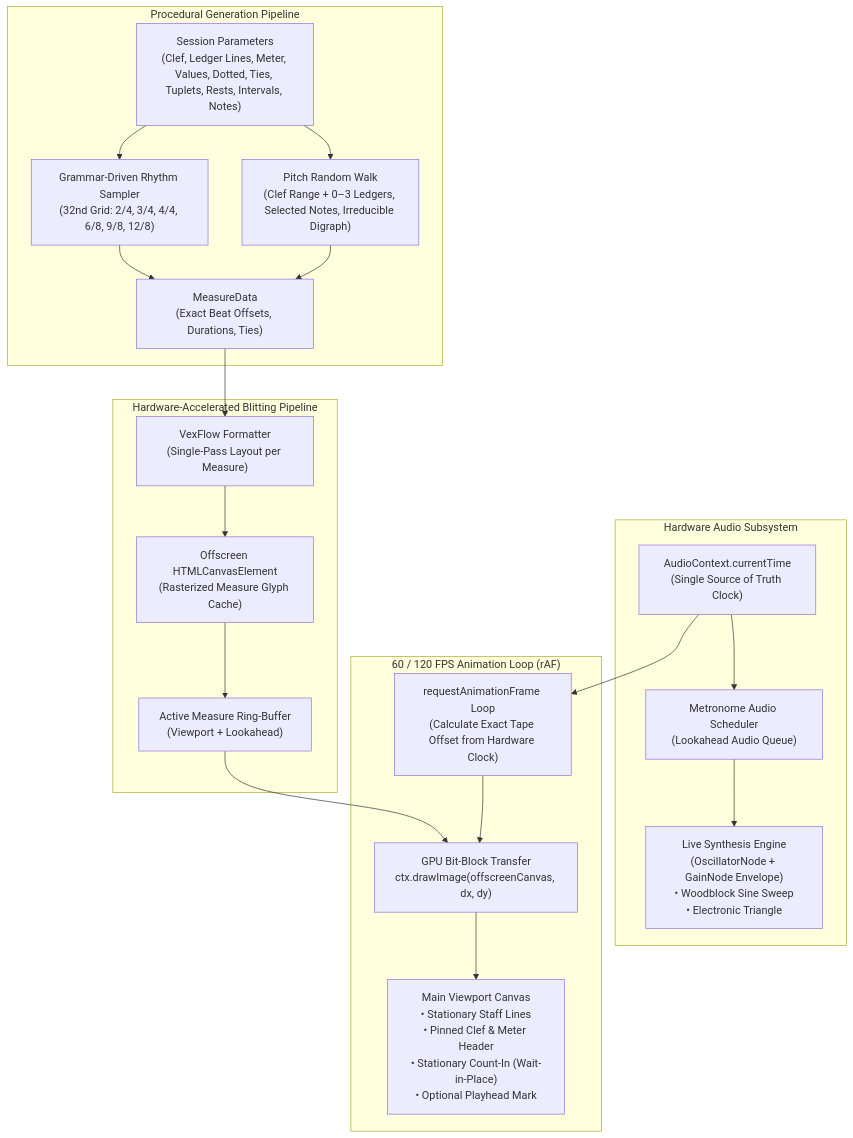
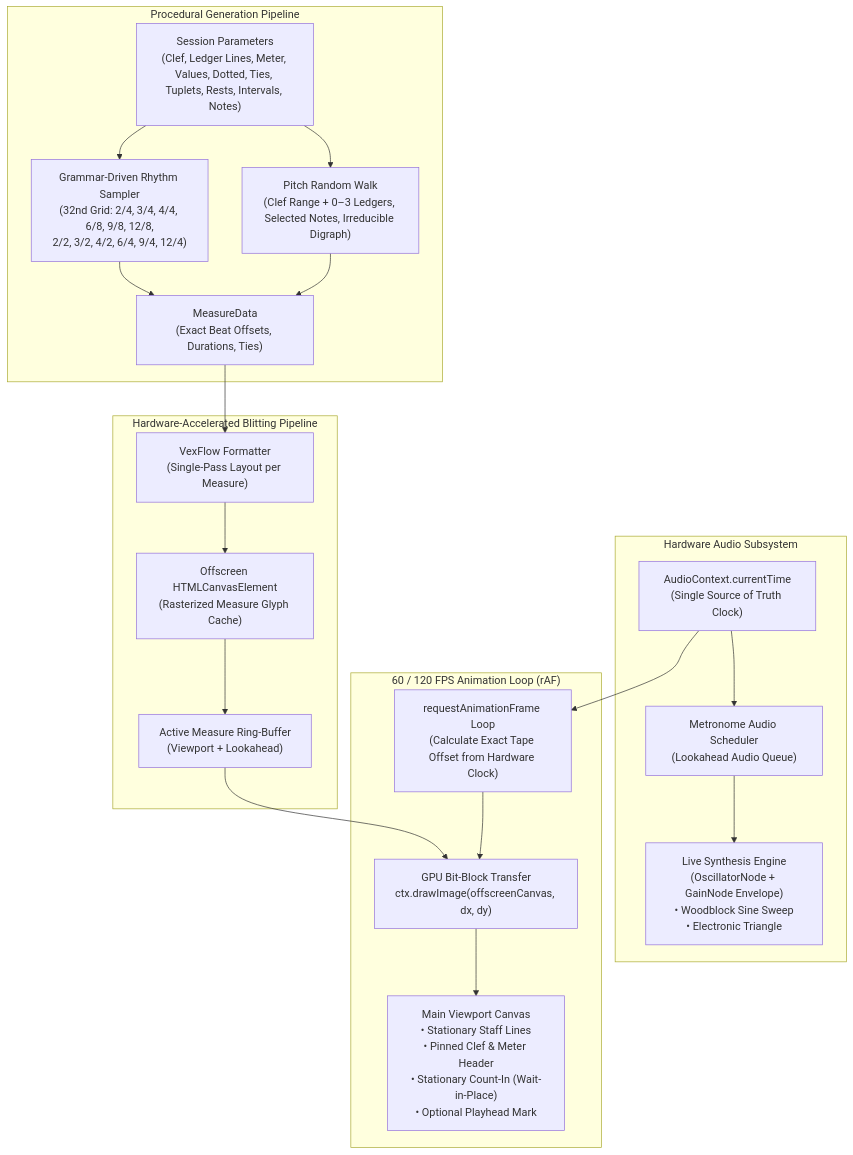
Before and after one commit to Hand-Lock/guidonica: the diagram in README.md, drawn with Mermaid. The commit also changed other lines of this file and 36 other files, not shown here.

````diff
--- a/README.md
+++ b/README.md
@@ -112,33 +112,33 @@
 ```mermaid
 flowchart TD
     subgraph HardwareClock["Hardware Audio Subsystem"]
         AC["AudioContext.currentTime\n(Single Source of Truth Clock)"]
         SCHED["Metronome Audio Scheduler\n(Lookahead Audio Queue)"]
         SYNTH["Live Synthesis Engine\n(OscillatorNode + GainNode Envelope)\n• Woodblock Sine Sweep\n• Electronic Triangle"]
         AC --> SCHED
         SCHED --> SYNTH
     end
 
     subgraph GenerationPipeline["Procedural Generation Pipeline"]
         PARAM["Session Parameters\n(Clef, Ledger Lines, Meter, Values, Dotted, Ties, Tuplets, Rests, Intervals, Notes)"]
-        ERGMET["Grammar-Driven Rhythm Sampler\n(32nd Grid: 2/4, 3/4, 4/4, 6/8, 9/8, 12/8)"]
+        ERGMET["Grammar-Driven Rhythm Sampler\n(32nd Grid: 2/4, 3/4, 4/4, 6/8, 9/8, 12/8,\n2/2, 3/2, 4/2, 6/4, 9/4, 12/4)"]
         MARKOV["Pitch Random Walk\n(Clef Range + 0–3 Ledgers, Selected Notes, Irreducible Digraph)"]
         PARAM --> ERGMET
         PARAM --> MARKOV
         ERGMET --> MDATA["MeasureData\n(Exact Beat Offsets, Durations, Ties)"]
         MARKOV --> MDATA
     end
 
     subgraph Rasterization["Hardware-Accelerated Blitting Pipeline"]
         MDATA --> VEX["VexFlow Formatter\n(Single-Pass Layout per Measure)"]
         VEX --> OFFCAN["Offscreen HTMLCanvasElement\n(Rasterized Measure Glyph Cache)"]
         OFFCAN --> RBUF["Active Measure Ring-Buffer\n(Viewport + Lookahead)"]
     end
 
     subgraph RenderingLoop["60 / 120 FPS Animation Loop (rAF)"]
         AC --> RAF["requestAnimationFrame Loop\n(Calculate Exact Tape Offset from Hardware Clock)"]
         RBUF --> BLIT["GPU Bit-Block Transfer\nctx.drawImage(offscreenCanvas, dx, dy)"]
         RAF --> BLIT
         BLIT --> VIEW["Main Viewport Canvas\n• Stationary Staff Lines\n• Pinned Clef & Meter Header\n• Stationary Count-In (Wait-in-Place)\n• Optional Playhead Mark"]
     end
 ```
````
